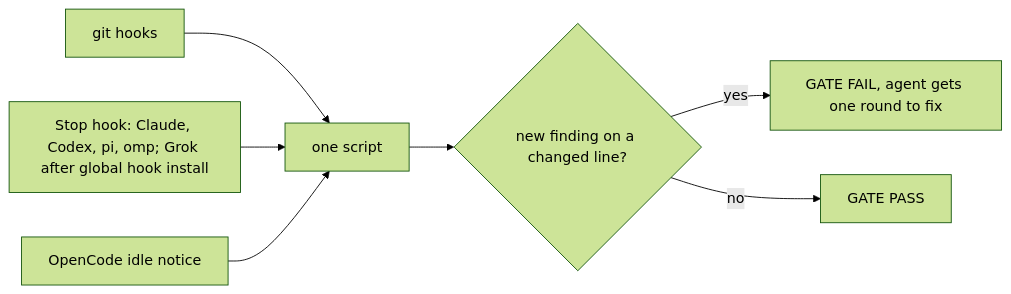
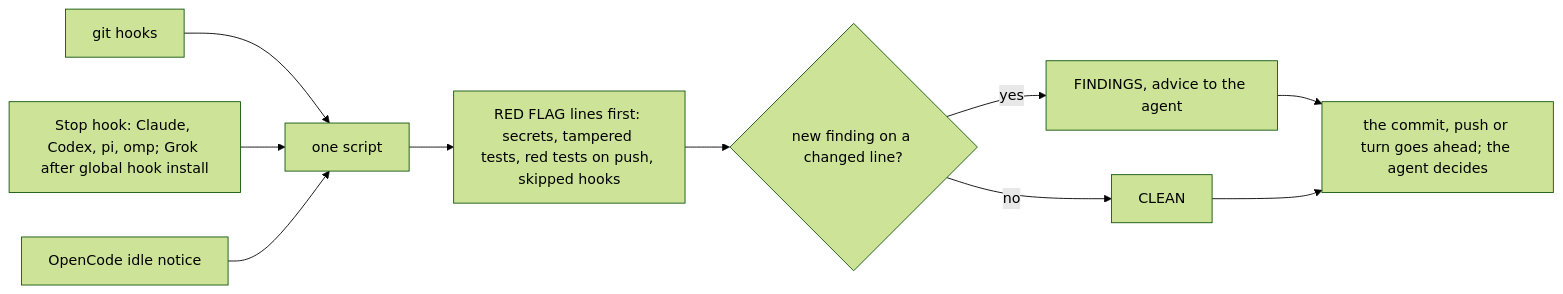
Before and after one commit to smixs/code-quality: the diagram in README.md, drawn with Mermaid (forest theme). The commit also changed other lines of this file and 28 other files, not shown here.

First line of the commit message:
feat: advise, never block: red flags first, findings as advice

````diff
--- a/README.md
+++ b/README.md
@@ -67,9 +79,12 @@
 ```mermaid
 flowchart LR
     A[git hooks] --> Q
     B[Stop hook: Claude, Codex, pi, omp; Grok after global hook install] --> Q
     C[OpenCode idle notice] --> Q
-    Q[one script] --> D{new finding on a changed line?}
-    D -->|yes| F[GATE FAIL, agent gets one round to fix]
-    D -->|no| P[GATE PASS]
+    Q[one script] --> R[RED FLAG lines first: secrets, tampered tests, red tests on push, skipped hooks]
+    R --> D{new finding on a changed line?}
+    D -->|yes| F[FINDINGS, advice to the agent]
+    D -->|no| P[CLEAN]
+    F --> G[the commit, push or turn goes ahead; the agent decides]
+    P --> G
 ```
````
